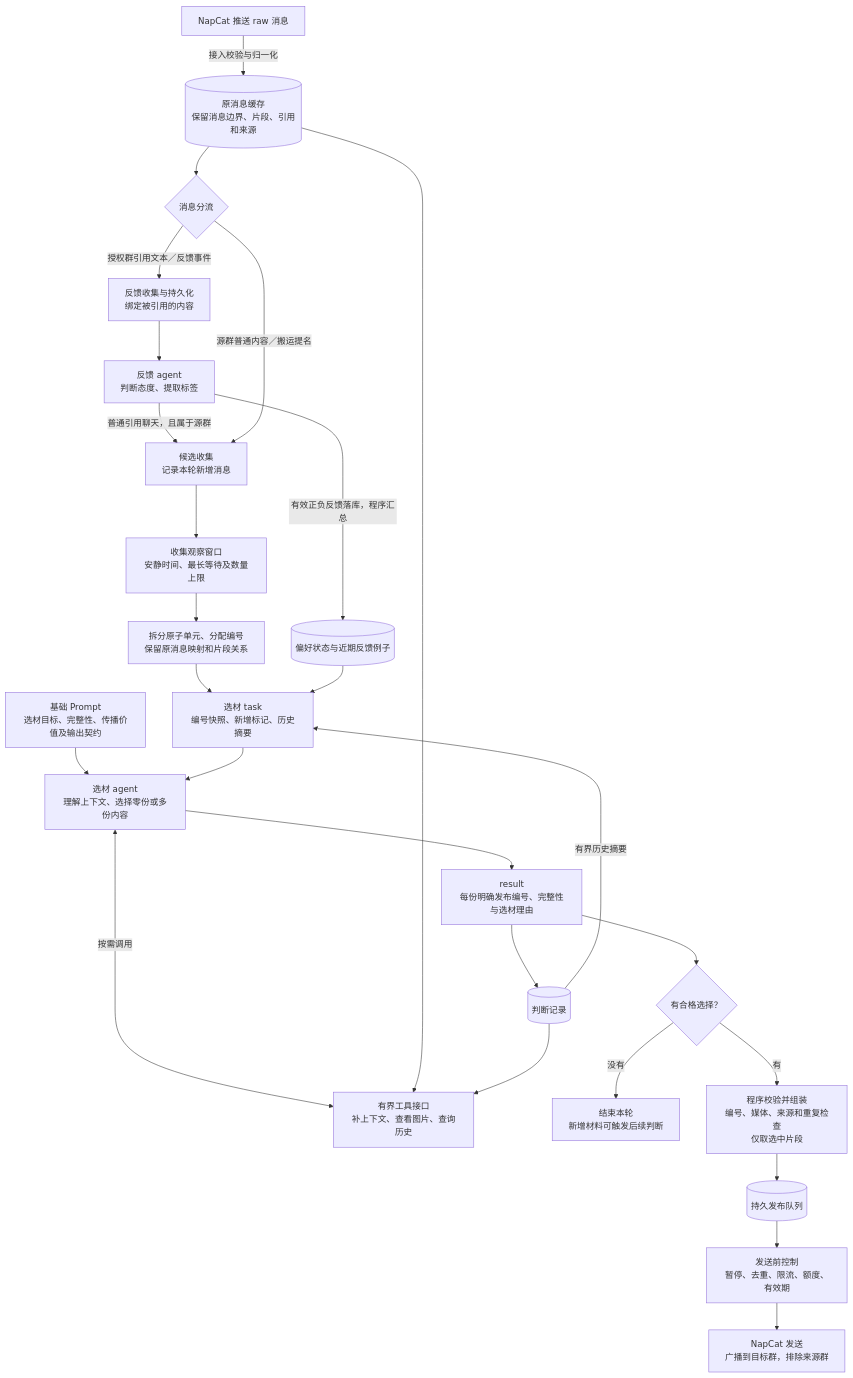
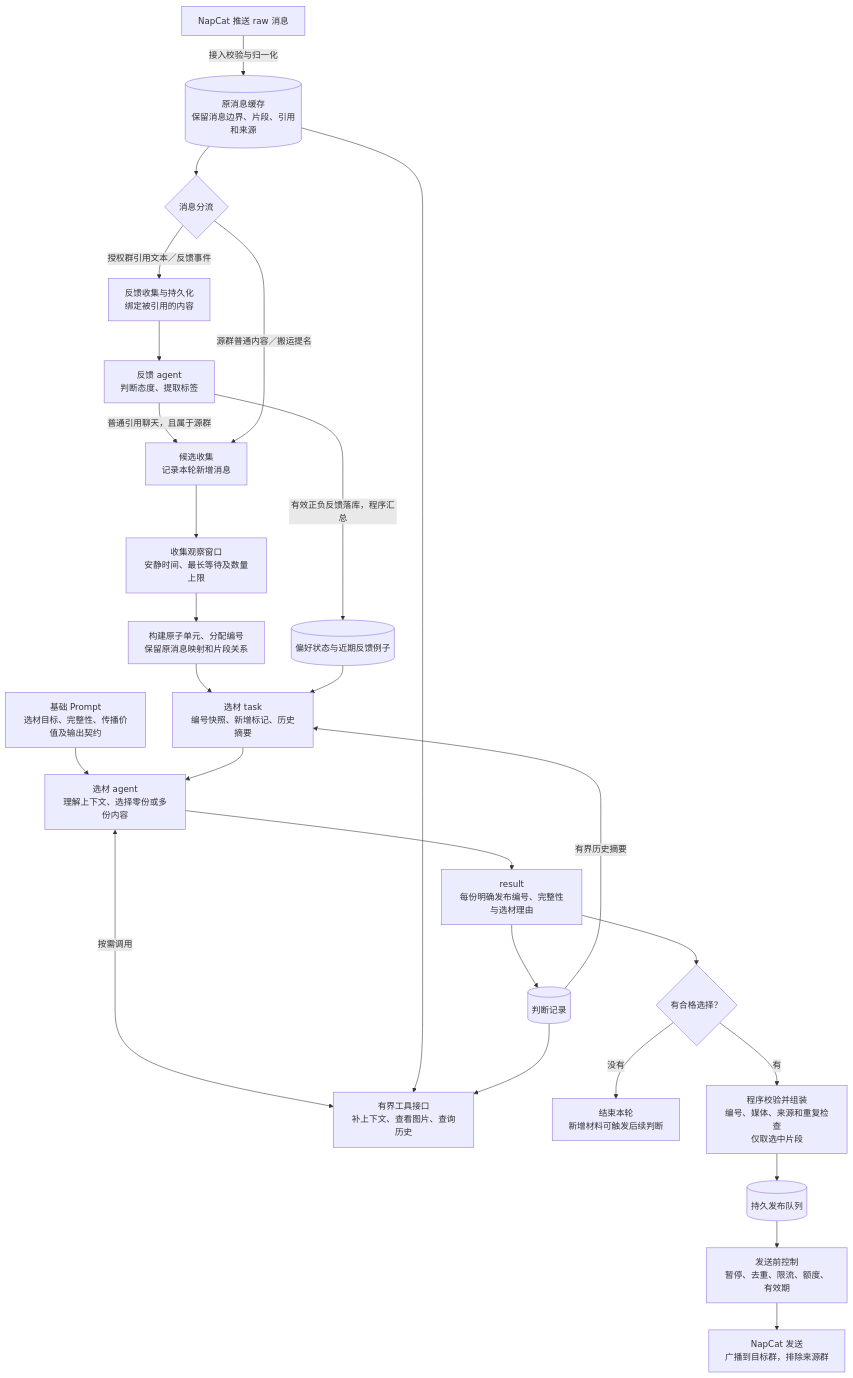
The diagram in doc/design.md (mydefinition/pullshit), drawn with Mermaid before and after one commit. The commit also changed other lines of this file and 23 other files, not shown here.

````diff
--- a/doc/design.md
+++ b/doc/design.md
@@ -7,32 +7,32 @@
 ```mermaid
 flowchart TD
     NC["NapCat 推送 raw 消息"] -->|"接入校验与归一化"| RAW[("原消息缓存<br/>保留消息边界、片段、引用和来源")]
     RAW --> SPLIT{"消息分流"}
 
     SPLIT -->|"授权群引用文本／反馈事件"| FC["反馈收集与持久化<br/>绑定被引用的内容"]
     FC --> FA["反馈 agent<br/>判断态度、提取标签"]
     FA -->|"有效正负反馈落库，程序汇总"| PREF[("偏好状态与近期反馈例子")]
     FA -->|"普通引用聊天，且属于源群"| CC
 
     SPLIT -->|"源群普通内容／搬运提名"| CC["候选收集<br/>记录本轮新增消息"]
     CC --> WINDOW["收集观察窗口<br/>安静时间、最长等待及数量上限"]
-    WINDOW --> ATOM["拆分原子单元、分配编号<br/>保留原消息映射和片段关系"]
+    WINDOW --> ATOM["构建原子单元、分配编号<br/>保留原消息映射和片段关系"]
     ATOM --> TASK["选材 task<br/>编号快照、新增标记、历史摘要"]
     PREF --> TASK
     HISTORY -->|"有界历史摘要"| TASK
 
     PROMPT["基础 Prompt<br/>选材目标、完整性、传播价值及输出契约"] --> AGENT
     TASK --> AGENT["选材 agent<br/>理解上下文、选择零份或多份内容"]
     AGENT <-->|"按需调用"| TOOLS["有界工具接口<br/>补上下文、查看图片、查询历史"]
     RAW --> TOOLS
     HISTORY --> TOOLS
 
     AGENT --> RESULT["result<br/>每份明确发布编号、完整性与选材理由"]
     RESULT --> HISTORY[("判断记录")]
     RESULT --> HAS{"有合格选择？"}
     HAS -->|"没有"| END["结束本轮<br/>新增材料可触发后续判断"]
     HAS -->|"有"| CHECK["程序校验并组装<br/>编号、媒体、来源和重复检查<br/>仅取选中片段"]
     CHECK --> QUEUE[("持久发布队列")]
     QUEUE --> CONTROL["发送前控制<br/>暂停、去重、限流、额度、有效期"]
     CONTROL --> SEND["NapCat 发送<br/>广播到目标群，排除来源群"]
 ```
````
